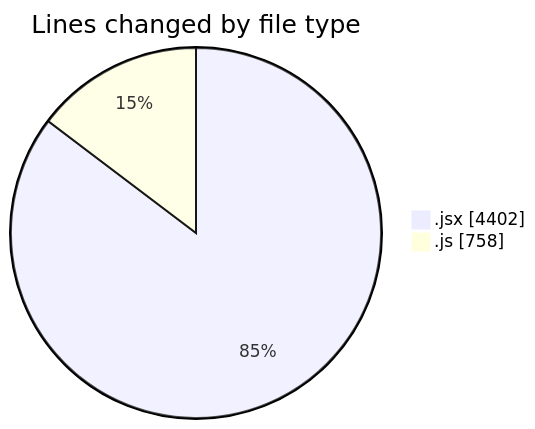
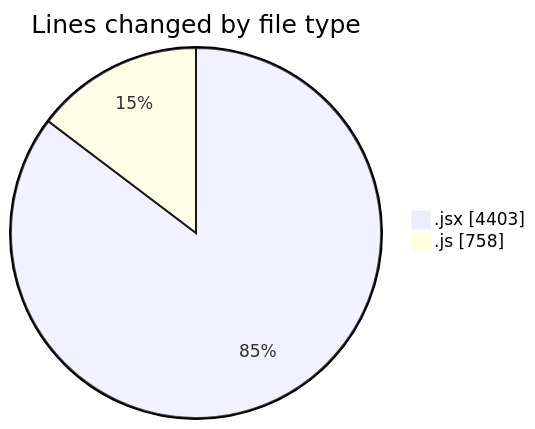
The first of 2 diagrams in 2025-08-03/nxtqube_webapp/README.md (nxtqubesakshisongat/code-tracking), drawn with Mermaid before and after one commit. The commit also changed other lines of this file and 1 other file, not shown here.

````diff
--- a/2025-08-03/nxtqube_webapp/README.md
+++ b/2025-08-03/nxtqube_webapp/README.md
@@ -30,6 +30,6 @@
 ```mermaid
 pie showData
 title Lines changed by file type
-".jsx" : 4402
+".jsx" : 4403
 ".js" : 758
 ```
````
